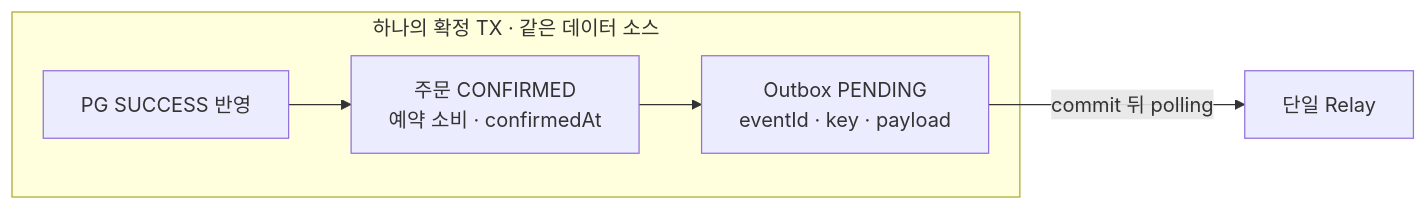
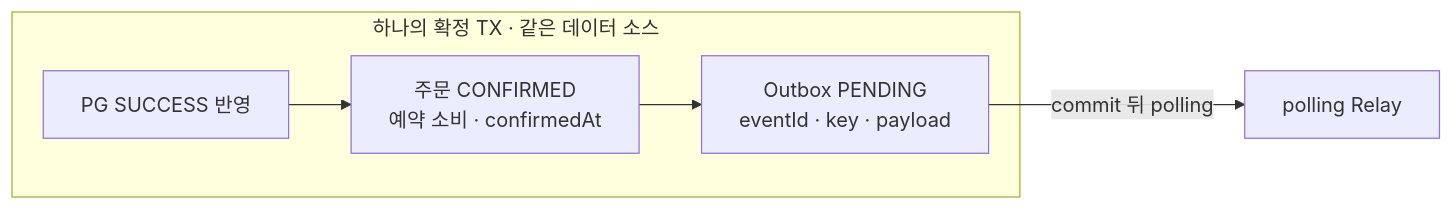
Before and after one commit to loopers-labs/loop-pack-be-l2-vol5-java: the second of 4 diagrams in apps/commerce-api/docs/order-confirmed-outbox-design.md, drawn with Mermaid. The commit also changed other lines of this file and 6 other files, not shown here.

````diff
--- a/apps/commerce-api/docs/order-confirmed-outbox-design.md
+++ b/apps/commerce-api/docs/order-confirmed-outbox-design.md
@@ -52,11 +52,11 @@
 ```mermaid
 flowchart LR
   subgraph TX["하나의 확정 TX · 같은 데이터 소스"]
     PAYMENT["PG SUCCESS 반영"]
     ORDER["주문 CONFIRMED<br/>예약 소비 · confirmedAt"]
     OUTBOX["Outbox PENDING<br/>eventId · key · payload"]
     PAYMENT --> ORDER --> OUTBOX
   end
 
-  OUTBOX -->|commit 뒤 polling| RELAY["단일 Relay"]
+  OUTBOX -->|commit 뒤 polling| RELAY["polling Relay"]
 ```
````
